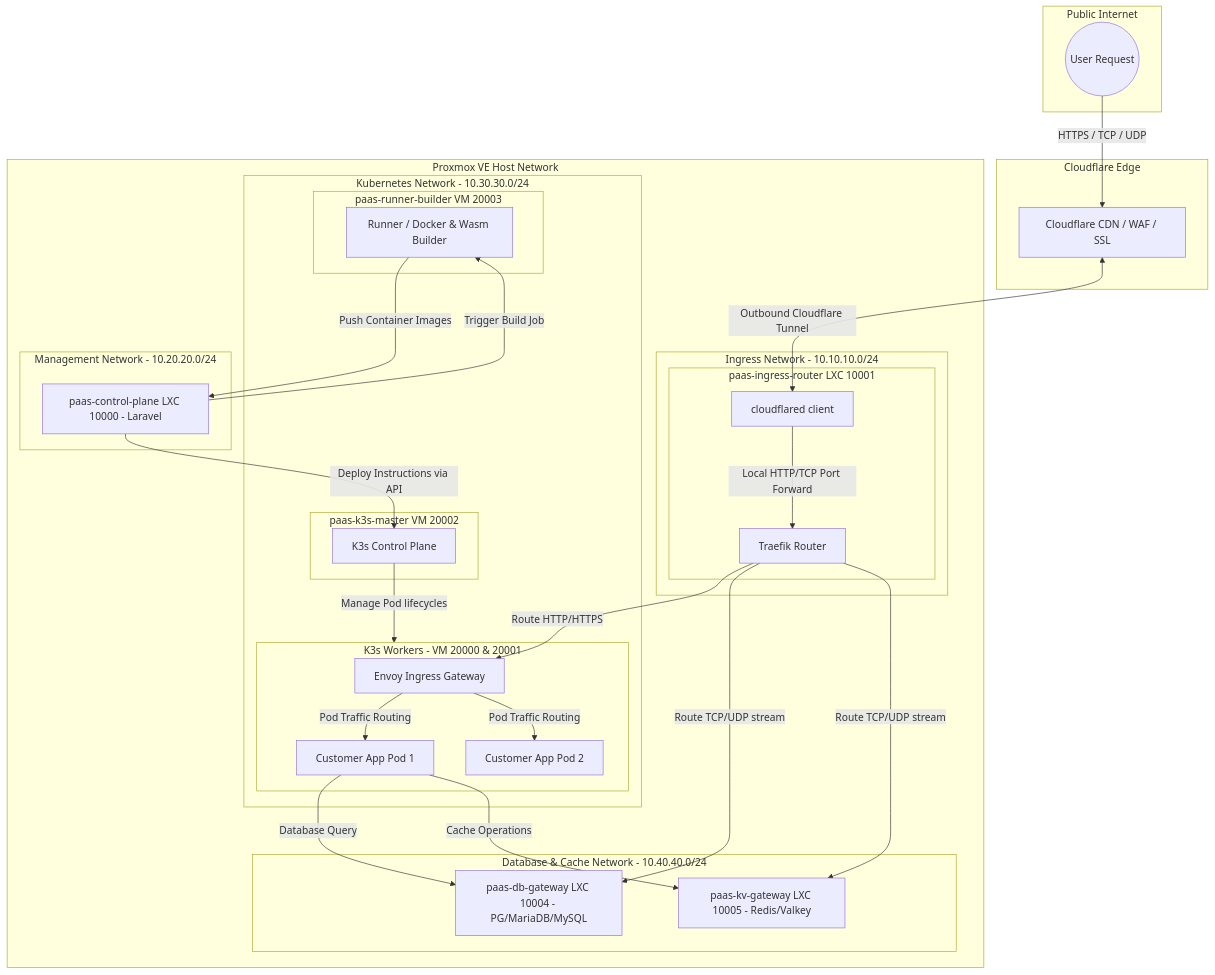
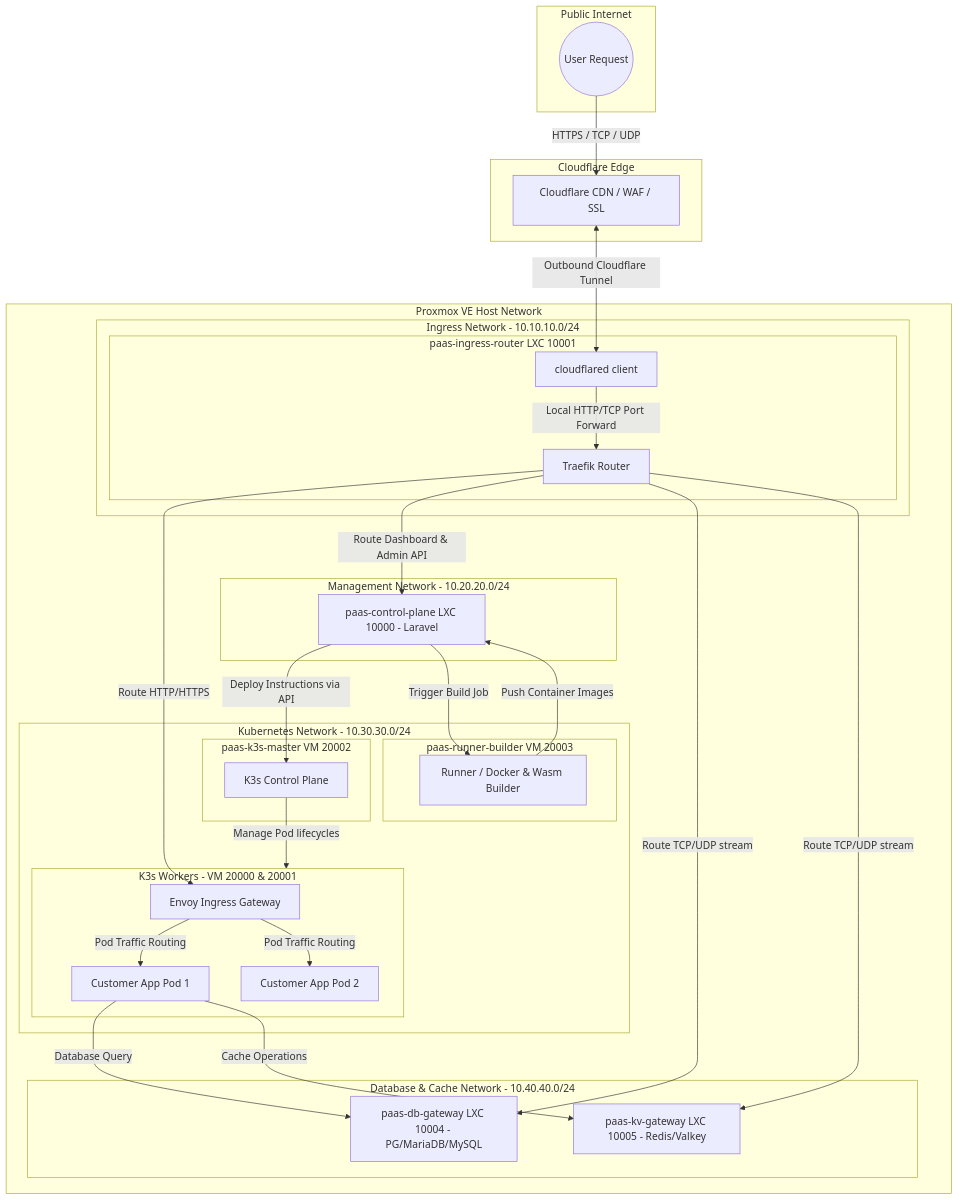
Before and after one commit to dyzulk/dyzulk-cloud: the first of 2 diagrams in network_k8s_architecture.md, drawn with Mermaid.

Commit message:
docs: add ControlPlane route for Dashboard and Admin API to network architecture diagram

````diff
--- a/network_k8s_architecture.md
+++ b/network_k8s_architecture.md
@@ -62,66 +62,67 @@
 ```mermaid
 graph TD
     subgraph Public_Internet [Public Internet]
         User((User Request))
     end
 
     subgraph Cloudflare_Network [Cloudflare Edge]
         CF_Edge[Cloudflare CDN / WAF / SSL]
     end
 
     subgraph Proxmox_Cluster [Proxmox VE Host Network]
         
         subgraph Ingress_Subnet [Ingress Network - 10.10.10.0/24]
             subgraph Ingress_LXC [paas-ingress-router LXC 10001]
                 CFTunnel[cloudflared client]
                 EdgeProxy[Traefik Router]
             end
         end
 
         subgraph K3s_Subnet [Kubernetes Network - 10.30.30.0/24]
             subgraph Master_VM [paas-k3s-master VM 20002]
                 K3s_API[K3s Control Plane]
             end
             subgraph Builder_VM [paas-runner-builder VM 20003]
                 Builder[Runner / Docker & Wasm Builder]
             end
             subgraph Worker_VMs [K3s Workers - VM 20000 & 20001]
                 Envoy[Envoy Ingress Gateway]
                 Customer_Pod_1[Customer App Pod 1]
                 Customer_Pod_2[Customer App Pod 2]
             end
         end
 
         subgraph Management_Subnet [Management Network - 10.20.20.0/24]
             ControlPlane[paas-control-plane LXC 10000 - Laravel]
         end
 
         subgraph Storage_Subnet [Database & Cache Network - 10.40.40.0/24]
             DB_Node[paas-db-gateway LXC 10004 - PG/MariaDB/MySQL]
             KV_Node[paas-kv-gateway LXC 10005 - Redis/Valkey]
         end
 
     end
 
     %% Traffic Routing Paths
     User -->|HTTPS / TCP / UDP| CF_Edge
     CF_Edge <-->|Outbound Cloudflare Tunnel| CFTunnel
     CFTunnel -->|Local HTTP/TCP Port Forward| EdgeProxy
     
     %% Dynamic Web Routing
     EdgeProxy -->|Route HTTP/HTTPS| Envoy
     Envoy -->|Pod Traffic Routing| Customer_Pod_1
     Envoy -->|Pod Traffic Routing| Customer_Pod_2
+    EdgeProxy -->|Route Dashboard & Admin API| ControlPlane
 
     %% Dynamic TCP/UDP Stream Routing (e.g. databases, custom protocols)
     EdgeProxy -->|Route TCP/UDP stream| DB_Node
     EdgeProxy -->|Route TCP/UDP stream| KV_Node
 
     %% Control Plane Operations
     ControlPlane -->|Deploy Instructions via API| K3s_API
     ControlPlane -->|Trigger Build Job| Builder
     Builder -->|Push Container Images| ControlPlane
     K3s_API -->|Manage Pod lifecycles| Worker_VMs
     Customer_Pod_1 -->|Database Query| DB_Node
     Customer_Pod_1 -->|Cache Operations| KV_Node
 ```
````
